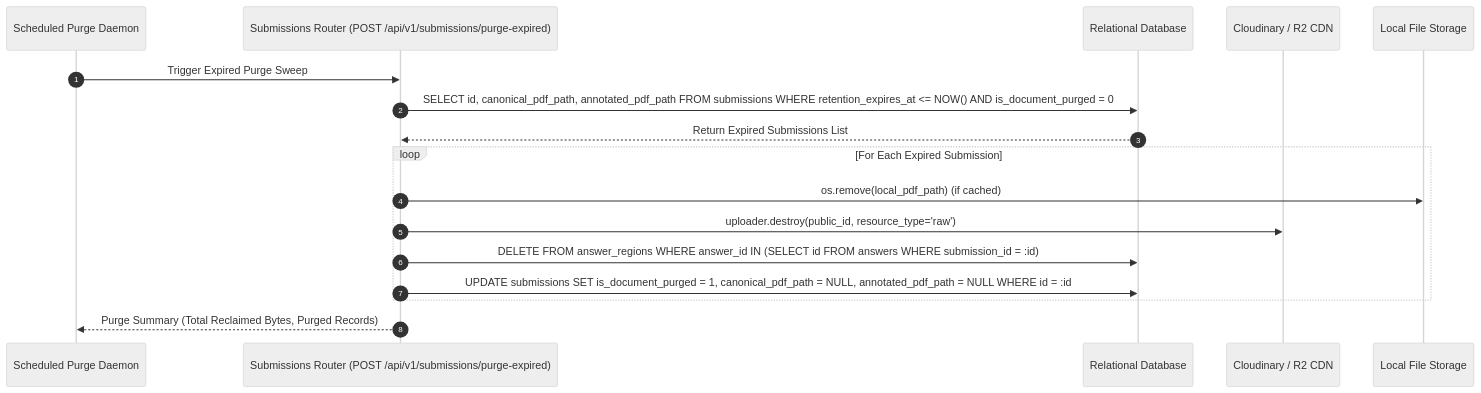
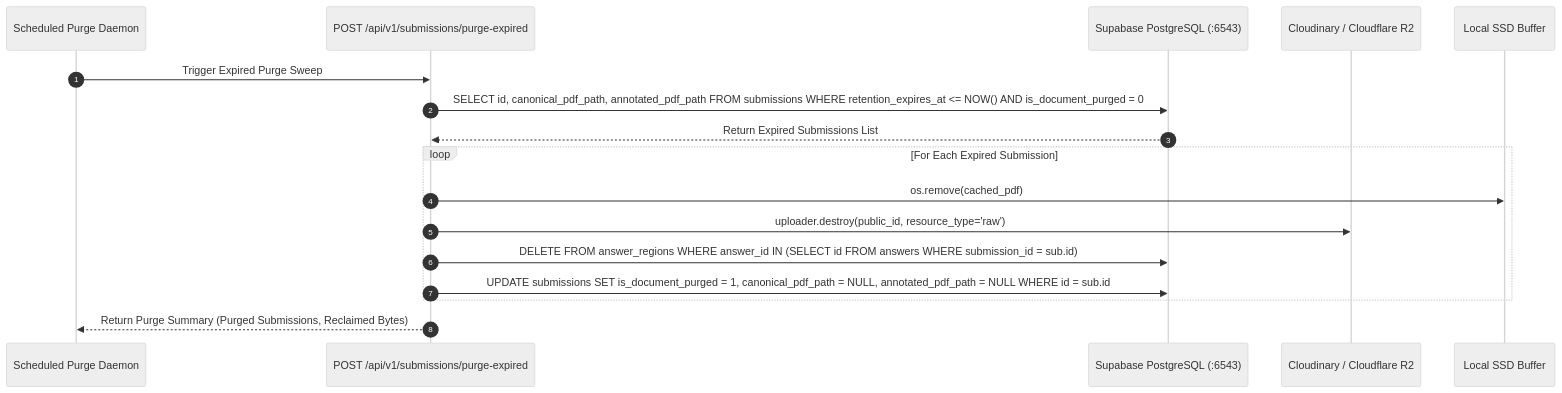
Before and after one commit to T4RuN05/papergrade.ai: the fourth of 5 diagrams in README.md, drawn with Mermaid (neutral theme). The commit also changed other lines of this file, not shown here.

Commit message:
docs(architecture): rewrite README.md to reflect current production architecture and operational invariants

````diff
--- a/README.md
+++ b/README.md
@@ -1741,20 +698,20 @@
 ```mermaid
 sequenceDiagram
     autonumber
-    participant Cron as Scheduled Purge Daemon
-    participant API as Submissions Router (POST /api/v1/submissions/purge-expired)
-    participant DB as Relational Database
-    participant CDN as Cloudinary / R2 CDN
-    participant Disk as Local File Storage
+    participant Daemon as Scheduled Purge Daemon
+    participant API as POST /api/v1/submissions/purge-expired
+    participant DB as Supabase PostgreSQL (:6543)
+    participant CDN as Cloudinary / Cloudflare R2
+    participant Disk as Local SSD Buffer
 
-    Cron->>API: Trigger Expired Purge Sweep
+    Daemon->>API: Trigger Expired Purge Sweep
     API->>DB: SELECT id, canonical_pdf_path, annotated_pdf_path FROM submissions WHERE retention_expires_at <= NOW() AND is_document_purged = 0
     DB-->>API: Return Expired Submissions List
     loop For Each Expired Submission
-        API->>Disk: os.remove(local_pdf_path) (if cached)
+        API->>Disk: os.remove(cached_pdf)
         API->>CDN: uploader.destroy(public_id, resource_type='raw')
-        API->>DB: DELETE FROM answer_regions WHERE answer_id IN (SELECT id FROM answers WHERE submission_id = :id)
-        API->>DB: UPDATE submissions SET is_document_purged = 1, canonical_pdf_path = NULL, annotated_pdf_path = NULL WHERE id = :id
+        API->>DB: DELETE FROM answer_regions WHERE answer_id IN (SELECT id FROM answers WHERE submission_id = sub.id)
+        API->>DB: UPDATE submissions SET is_document_purged = 1, canonical_pdf_path = NULL, annotated_pdf_path = NULL WHERE id = sub.id
     end
-    API-->>Cron: Purge Summary (Total Reclaimed Bytes, Purged Records)
+    API-->>Daemon: Return Purge Summary (Purged Submissions, Reclaimed Bytes)
 ```
````
